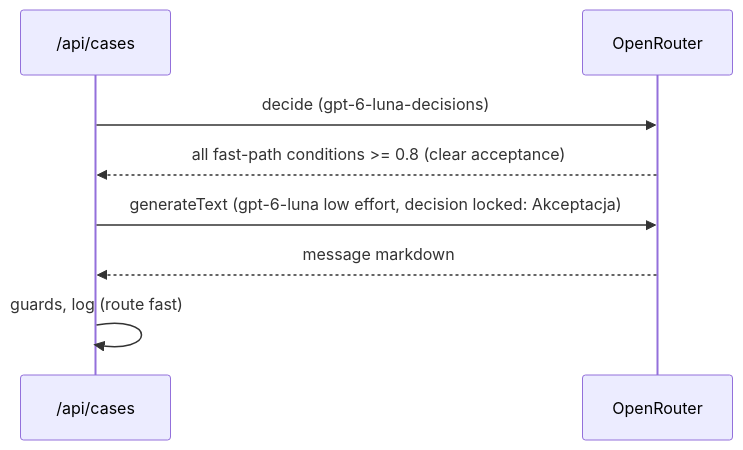
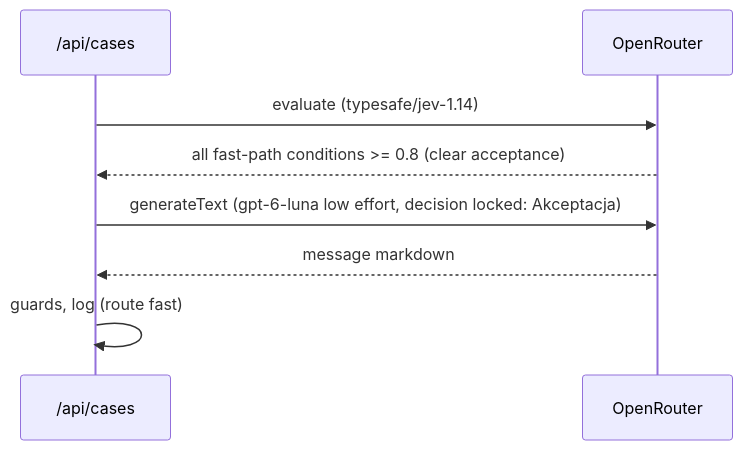
Before and after one commit to LucasMatuszewski/jsystems-ai-programming-2026-11: the fourth of 7 diagrams in docs/ADR/000-main-architecture.md, drawn with Mermaid. The commit also changed other lines of this file and 2 other files, not shown here.

Commit message:
Docs: ADR-001 amendment A2 and plan rev. 5 for the Jev 1.14 decision model

````diff
--- a/docs/ADR/000-main-architecture.md
+++ b/docs/ADR/000-main-architecture.md
@@ -286,10 +286,10 @@
 ```mermaid
 sequenceDiagram
     participant API as /api/cases
     participant OR as OpenRouter
-    API->>OR: decide (gpt-6-luna-decisions)
+    API->>OR: evaluate (typesafe/jev-1.14)
     OR-->>API: all fast-path conditions >= 0.8 (clear acceptance)
     API->>OR: generateText (gpt-6-luna low effort, decision locked: Akceptacja)
     OR-->>API: message markdown
     API->>API: guards, log (route fast)
 ```
````
